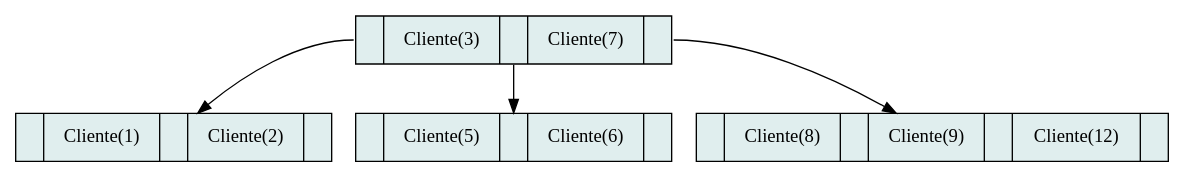
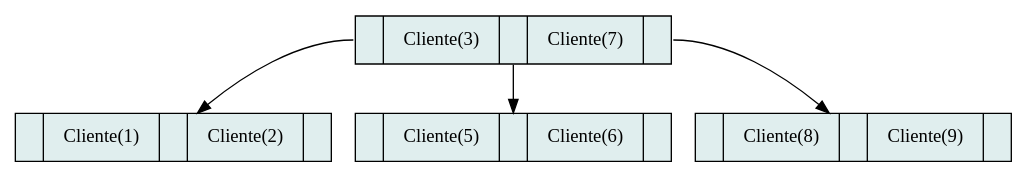
One commit to diegomazariegos2002/EDD_UDRAWING_FASE_202003975 changed the diagram in Fase 2/fase2_EDD/Clientes/Arbol_Clientes.dot. Above: the diagram before and after it, drawn with Graphviz. The commit also changed 106 other files, not shown here.

```diff
--- a/Fase 2/fase2_EDD/Clientes/Arbol_Clientes.dot
+++ b/Fase 2/fase2_EDD/Clientes/Arbol_Clientes.dot
@@ -1,14 +1,14 @@
 digraph arbolB{
 rankr=TB;
 node[shape = box,fillcolor="azure2" color="black" style="filled"];
-node[shape=record label= "<p0>|{Cliente(3)}|<p1> |{Cliente(7)}|<p2> "]464327395;
-node[shape=record label= "<p0>|{Cliente(1)}|<p1> |{Cliente(2)}|<p2> "]693711469;
-node[shape=record label= "<p0>|{Cliente(5)}|<p1> |{Cliente(6)}|<p2> "]1241891083;
-node[shape=record label= "<p0>|{Cliente(8)}|<p1> |{Cliente(9)}|<p2> |{Cliente(12)}|<p3> "]862513210;
+node[shape=record label= "<p0>|{Cliente(3)}|<p1> |{Cliente(7)}|<p2> "]1669858403;
+node[shape=record label= "<p0>|{Cliente(1)}|<p1> |{Cliente(2)}|<p2> "]1539498428;
+node[shape=record label= "<p0>|{Cliente(5)}|<p1> |{Cliente(6)}|<p2> "]2117537448;
+node[shape=record label= "<p0>|{Cliente(8)}|<p1> |{Cliente(9)}|<p2> "]1301371604;
 
-464327395:p0->693711469;
+1669858403:p0->1539498428;
 
-464327395:p1->1241891083;
+1669858403:p1->2117537448;
 
-464327395:p2->862513210;
+1669858403:p2->1301371604;
 }
```
